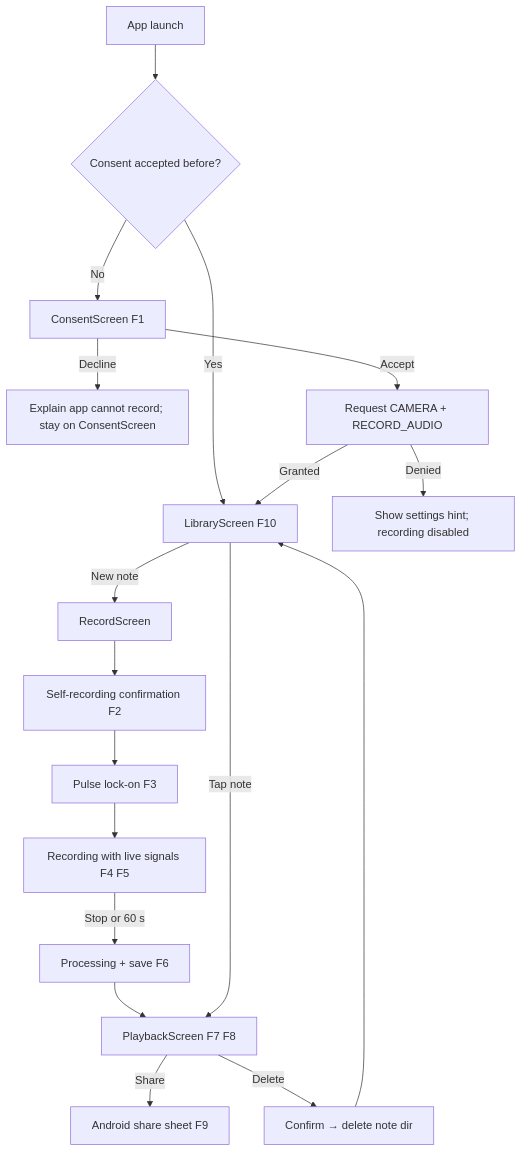
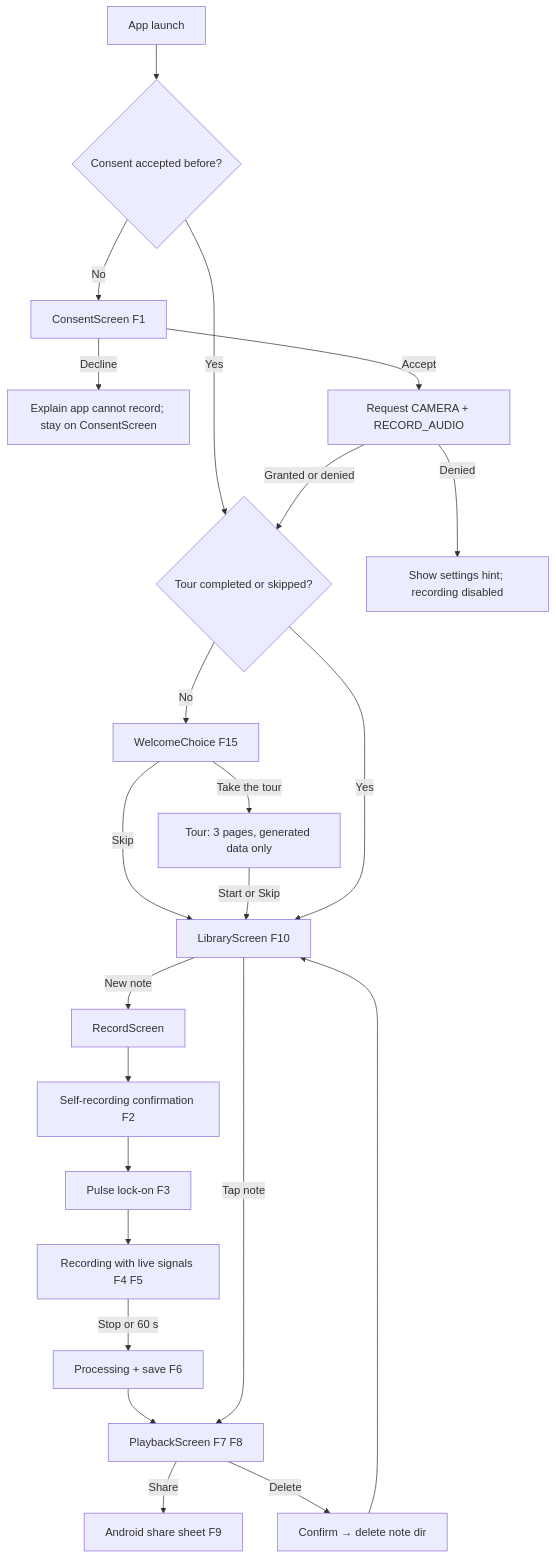
Before and after one commit to Dronzer2code/HeartNote: the first of 6 diagrams in docs/PROCESS_FLOW.md, drawn with Mermaid. The commit also changed other lines of this file and 7 other files, not shown here.

First line of the commit message:
Docs: onboarding, sharing, import and video across PRD/TRD/flows/design

````diff
--- a/docs/PROCESS_FLOW.md
+++ b/docs/PROCESS_FLOW.md
@@ -10,19 +10,24 @@
 ```mermaid
 flowchart TD
     A[App launch] --> B{Consent accepted before?}
     B -- No --> C[ConsentScreen F1]
     C -- Decline --> X[Explain app cannot record; stay on ConsentScreen]
     C -- Accept --> D[Request CAMERA + RECORD_AUDIO]
-    B -- Yes --> E[LibraryScreen F10]
-    D -- Granted --> E
+    B -- Yes --> W{Tour completed or skipped?}
+    D -- Granted or denied --> W
+    W -- No --> WC[WelcomeChoice F15]
+    WC -- Take the tour --> T[Tour: 3 pages, generated data only]
+    WC -- Skip --> E[LibraryScreen F10]
+    T -- Start or Skip --> E
+    W -- Yes --> E
     D -- Denied --> Y[Show settings hint; recording disabled]
     E -- New note --> F[RecordScreen]
     F --> G[Self-recording confirmation F2]
     G --> H[Pulse lock-on F3]
     H --> I[Recording with live signals F4 F5]
     I -- Stop or 60 s --> J[Processing + save F6]
     J --> K[PlaybackScreen F7 F8]
     K -- Share --> L[Android share sheet F9]
     K -- Delete --> M[Confirm → delete note dir] --> E
     E -- Tap note --> K
 ```
````
